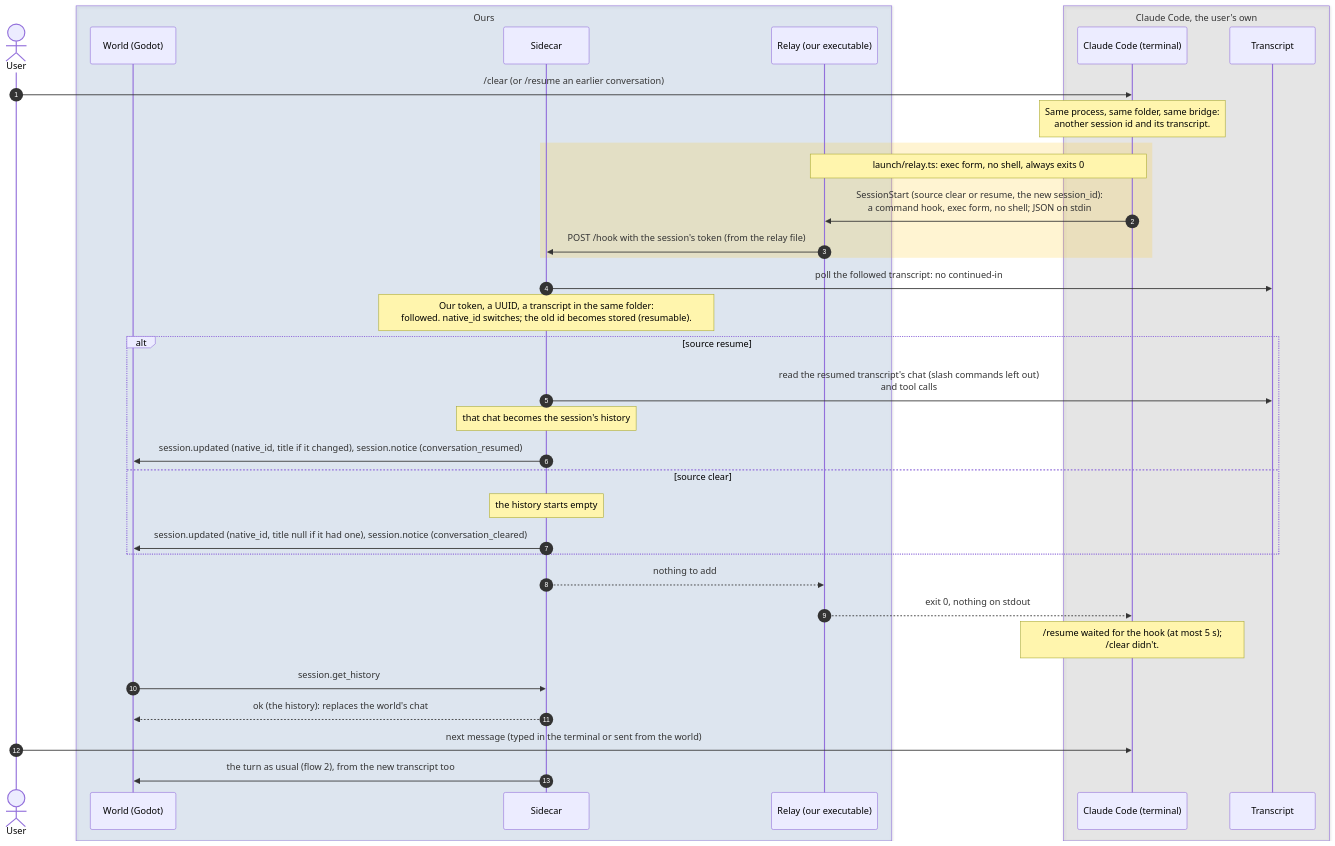
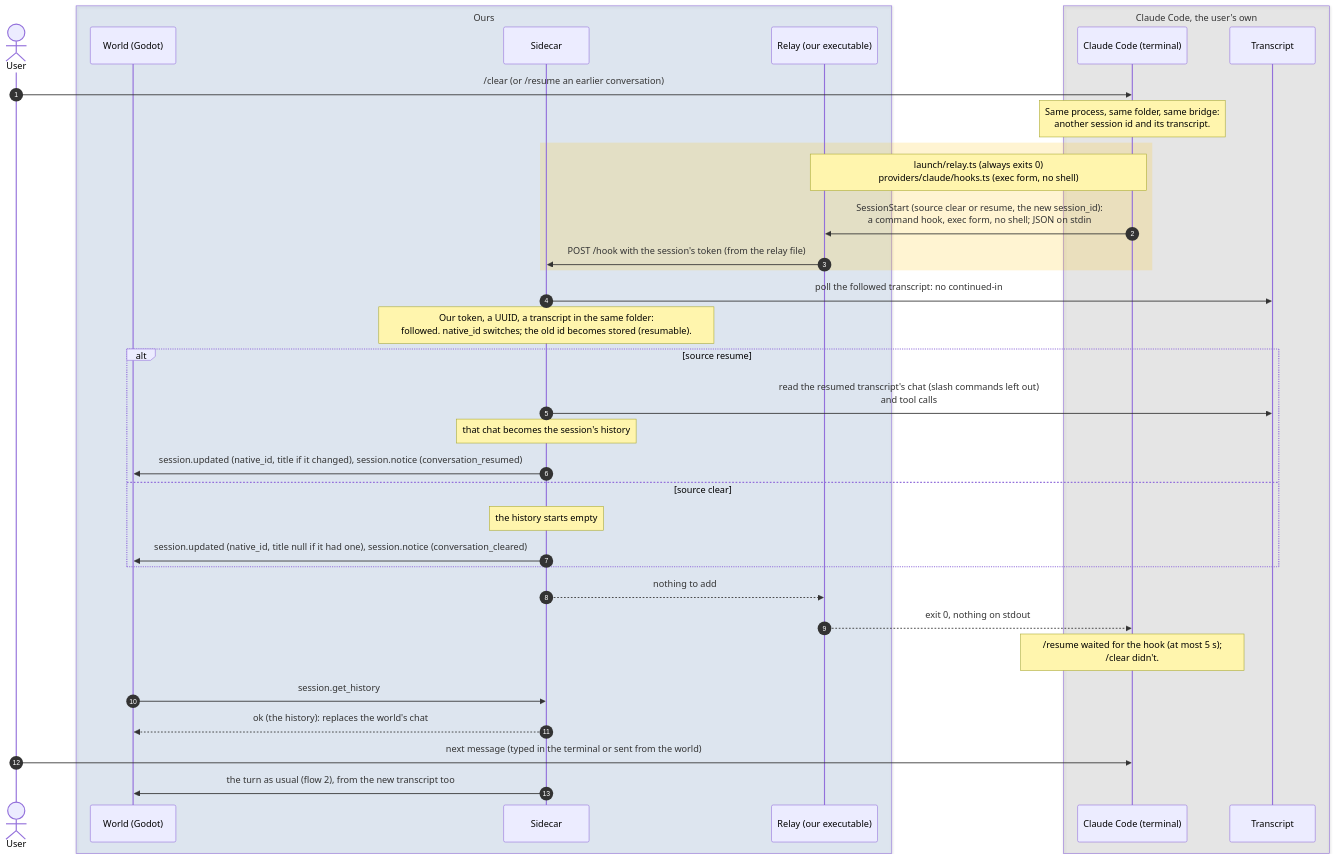
The diagram in docs/diagrams/sequence/09-clear-or-resume.md (PaoloPortugal/The-Beach), drawn with Mermaid before and after one commit. The commit also changed 4 other files, not shown here.

First line of the commit message:
Diagrams: fixes from docs-sync

````diff
--- a/docs/diagrams/sequence/09-clear-or-resume.md
+++ b/docs/diagrams/sequence/09-clear-or-resume.md
@@ -7,41 +7,41 @@
 ```mermaid
 sequenceDiagram
     autonumber
     actor User
 
     box rgba(47,111,191,0.12) Ours
         participant World as World (Godot)
         participant Sidecar
         participant Relay as Relay (our executable)
     end
 
     box rgba(128,128,128,0.14) Claude Code, the user's own
         participant Claude as Claude Code (terminal)
         participant Log as Transcript
     end
 
     User->>Claude: /clear (or /resume an earlier conversation)
     Note over Claude: Same process, same folder, same bridge:<br/>another session id and its transcript.
     rect rgba(255,193,7,0.18)
-        Note over Relay,Claude: launch/relay.ts: exec form, no shell, always exits 0
+        Note over Relay,Claude: launch/relay.ts (always exits 0)<br/>providers/claude/hooks.ts (exec form, no shell)
         Claude->>Relay: SessionStart (source clear or resume, the new session_id):<br/>a command hook, exec form, no shell#59; JSON on stdin
         Relay->>Sidecar: POST /hook with the session's token (from the relay file)
     end
     Sidecar->>Log: poll the followed transcript: no continued-in
     Note over Sidecar: Our token, a UUID, a transcript in the same folder:<br/>followed. native_id switches#59; the old id becomes stored (resumable).
     alt source resume
         Sidecar->>Log: read the resumed transcript's chat (slash commands left out)<br/>and tool calls
         Note over Sidecar: that chat becomes the session's history
         Sidecar->>World: session.updated (native_id, title if it changed), session.notice (conversation_resumed)
     else source clear
         Note over Sidecar: the history starts empty
         Sidecar->>World: session.updated (native_id, title null if it had one), session.notice (conversation_cleared)
     end
     Sidecar-->>Relay: nothing to add
     Relay-->>Claude: exit 0, nothing on stdout
     Note over Claude: /resume waited for the hook (at most 5 s)#59;<br/>/clear didn't.
     World->>Sidecar: session.get_history
     Sidecar-->>World: ok (the history): replaces the world's chat
     User->>Claude: next message (typed in the terminal or sent from the world)
     Sidecar->>World: the turn as usual (flow 2), from the new transcript too
 ```
````
